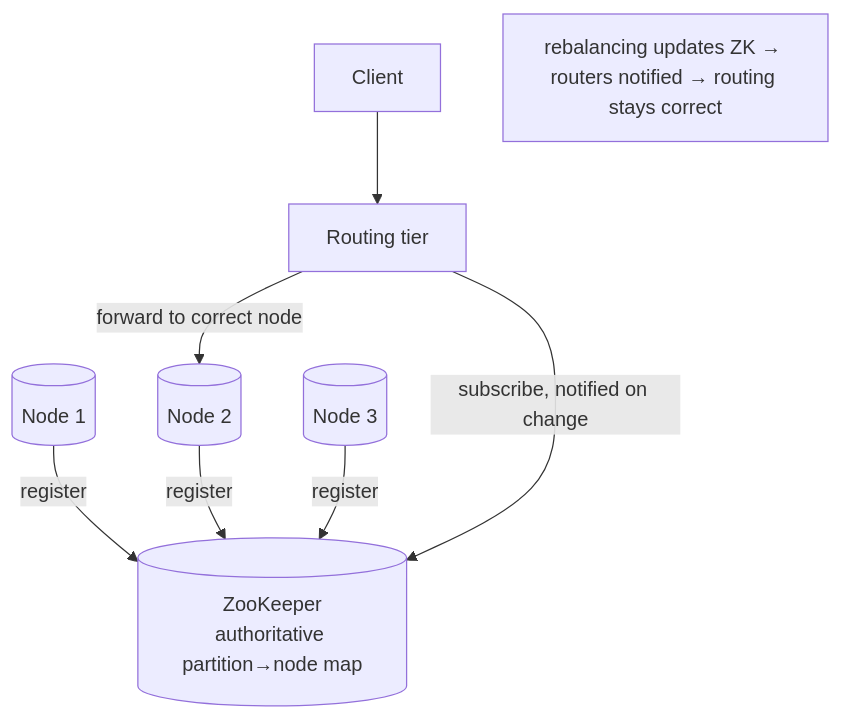
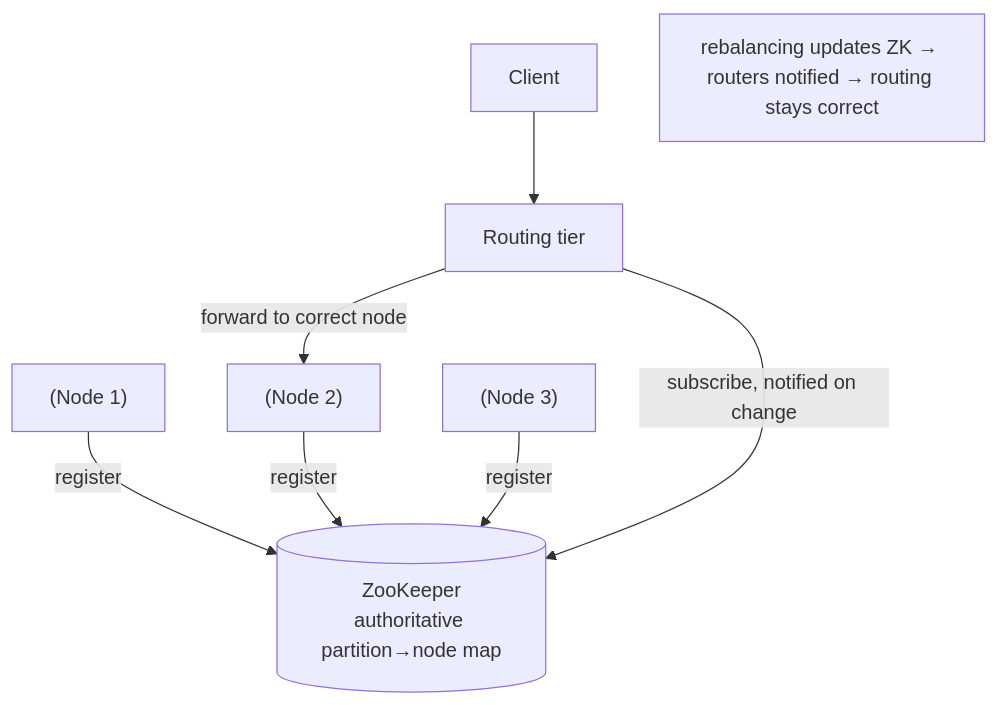
The third of 3 diagrams in files/02-distributed-data/07-rebalancing-and-routing.md (pankajThakur1874/studysheet), drawn with Mermaid before and after one commit. The commit also changed 102 other files, not shown here.

Commit message:
Auto-fix Mermaid diagram syntax across all study guides to prevent Syntax Error in Mermaid v10

````diff
--- a/files/02-distributed-data/07-rebalancing-and-routing.md
+++ b/files/02-distributed-data/07-rebalancing-and-routing.md
@@ -147,11 +147,11 @@
 ```mermaid
 flowchart TD
-    ZK[(ZooKeeper<br/>authoritative partition→node map)]
-    N1[(Node 1)] -->|register| ZK
-    N2[(Node 2)] -->|register| ZK
-    N3[(Node 3)] -->|register| ZK
+    ZK[("ZooKeeper<br/>authoritative partition→node map")]
+    N1["(Node 1)"] -->|register| ZK
+    N2["(Node 2)"] -->|register| ZK
+    N3["(Node 3)"] -->|register| ZK
     R[Routing tier] -->|subscribe, notified on change| ZK
     C[Client] --> R
     R -->|forward to correct node| N2
     note2["rebalancing updates ZK → routers notified → routing stays correct"]
 ```
````
